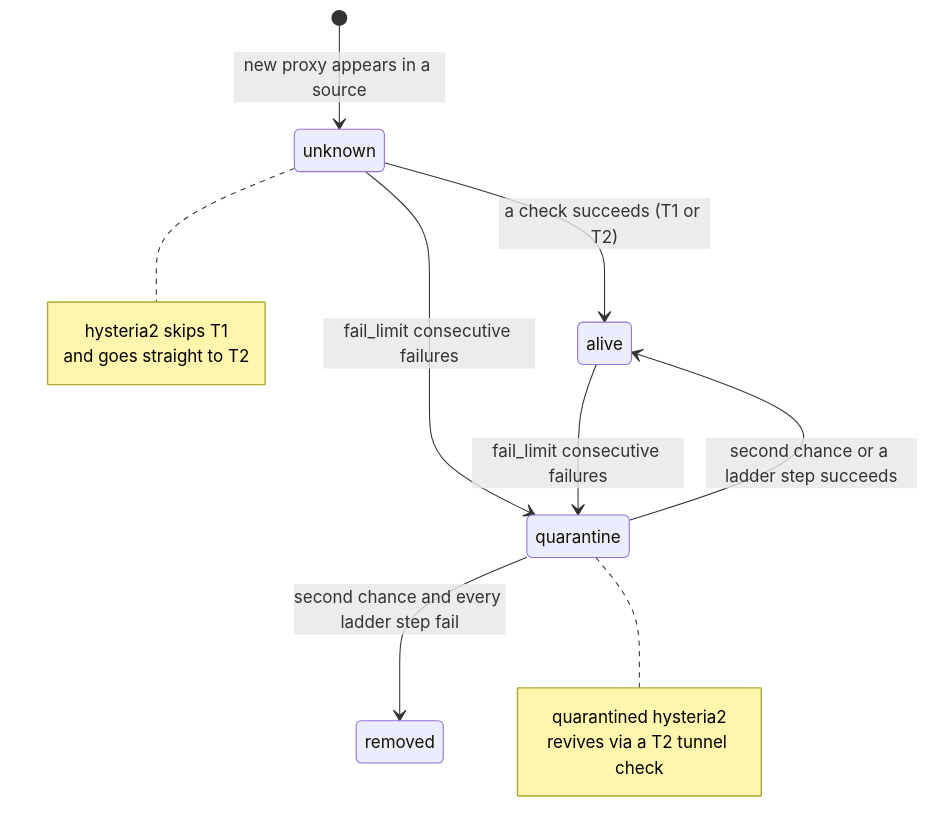
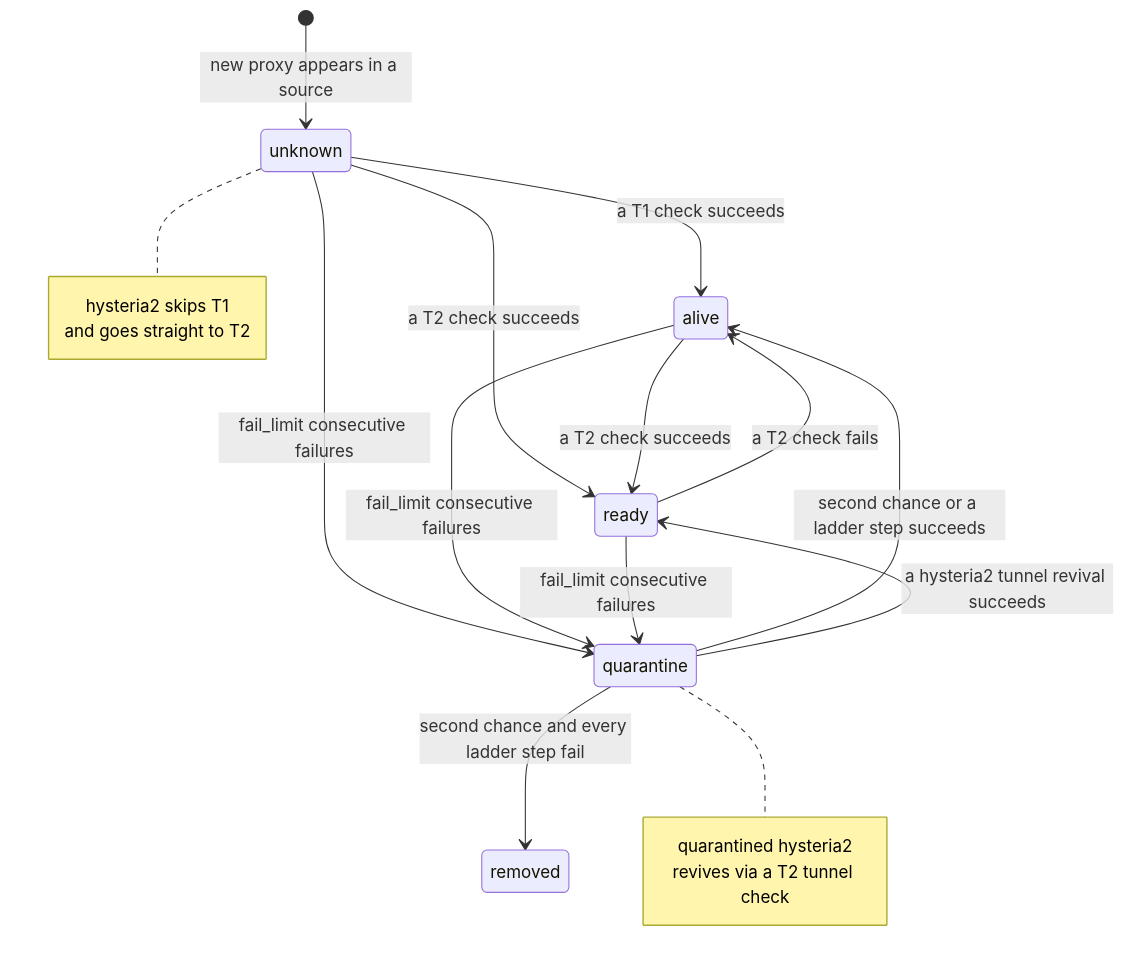
One commit to Viktor45/fumox changed the second of 2 diagrams in USERGUIDE.md. Above: the diagram before and after it, drawn with Mermaid. The commit also changed other lines of this file and 4 other files, not shown here.

````diff
--- a/USERGUIDE.md
+++ b/USERGUIDE.md
@@ -951,17 +951,22 @@
 ```mermaid
 stateDiagram-v2
     [*] --> unknown : new proxy appears in a source
-    unknown --> alive : a check succeeds (T1 or T2)
+    unknown --> alive : a T1 check succeeds
+    unknown --> ready : a T2 check succeeds
+    alive --> ready : a T2 check succeeds
+    ready --> alive : a T2 check fails
     unknown --> quarantine : fail_limit consecutive failures
     alive --> quarantine : fail_limit consecutive failures
+    ready --> quarantine : fail_limit consecutive failures
     quarantine --> alive : second chance or a ladder step succeeds
+    quarantine --> ready : a hysteria2 tunnel revival succeeds
     quarantine --> removed : second chance and every ladder step fail
     note right of unknown
         hysteria2 skips T1
         and goes straight to T2
     end note
     note right of quarantine
         quarantined hysteria2
         revives via a T2 tunnel check
     end note
 ```
````
